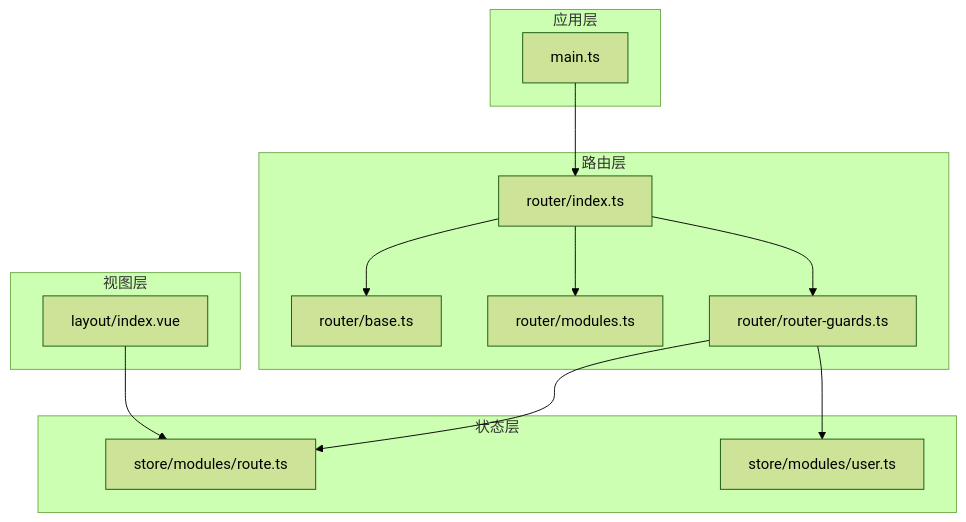
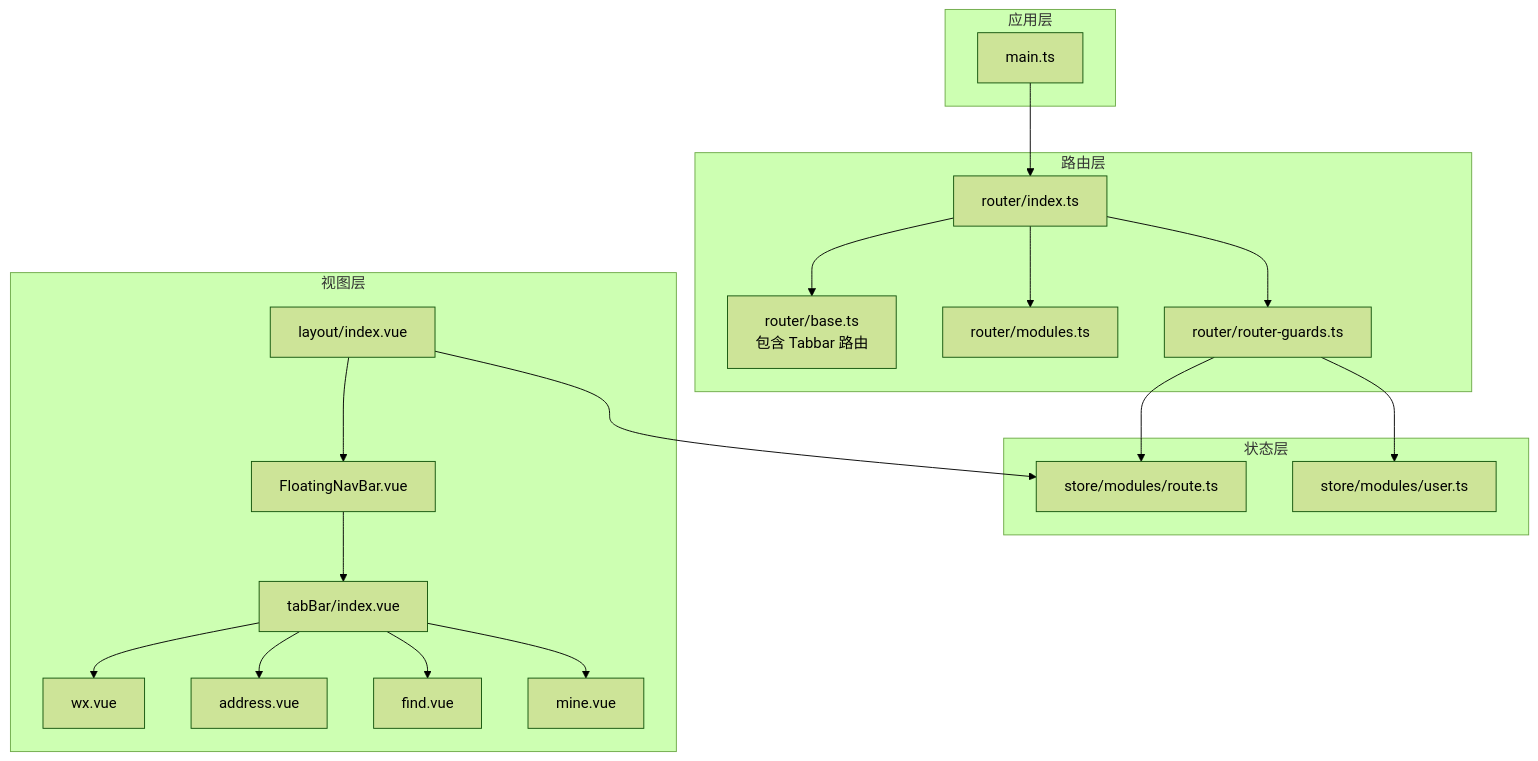
One commit to giserman001/vue3-vant4-mobile changed the second of 10 diagrams in .qoder/repowiki/zh/content/核心系统/路由系统.md. Above: the diagram before and after it, drawn with Mermaid (forest theme). The commit also changed other lines of this file and 60 other files, not shown here.

````diff
--- a/.qoder/repowiki/zh/content/核心系统/路由系统.md
+++ b/.qoder/repowiki/zh/content/核心系统/路由系统.md
@@ -113,26 +136,38 @@
 ```mermaid
 graph TB
 subgraph "应用层"
 M["main.ts"]
 end
 subgraph "路由层"
 R["router/index.ts"]
-B["router/base.ts"]
+B["router/base.ts<br/>包含 Tabbar 路由"]
 U["router/modules.ts"]
 G["router/router-guards.ts"]
 end
 subgraph "状态层"
 SR["store/modules/route.ts"]
 SU["store/modules/user.ts"]
 end
 subgraph "视图层"
 L["layout/index.vue"]
+F["FloatingNavBar.vue"]
+T["tabBar/index.vue"]
+WX["wx.vue"]
+ADDR["address.vue"]
+FIND["find.vue"]
+MINE["mine.vue"]
 end
 M --> R
 R --> B
 R --> U
 R --> G
 G --> SR
 G --> SU
 L --> SR
+L --> F
+F --> T
+T --> WX
+T --> ADDR
+T --> FIND
+T --> MINE
 ```
````
